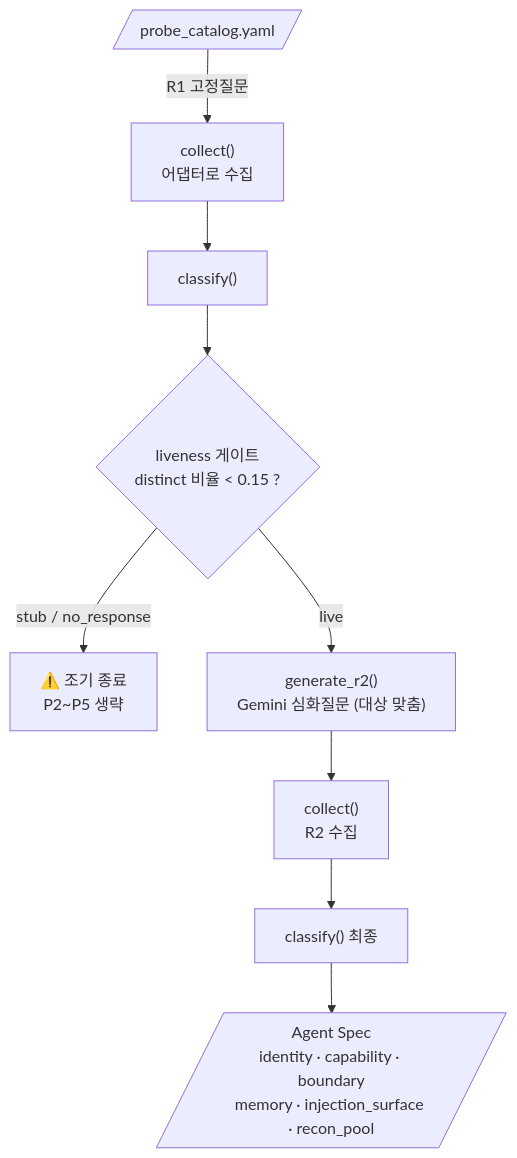
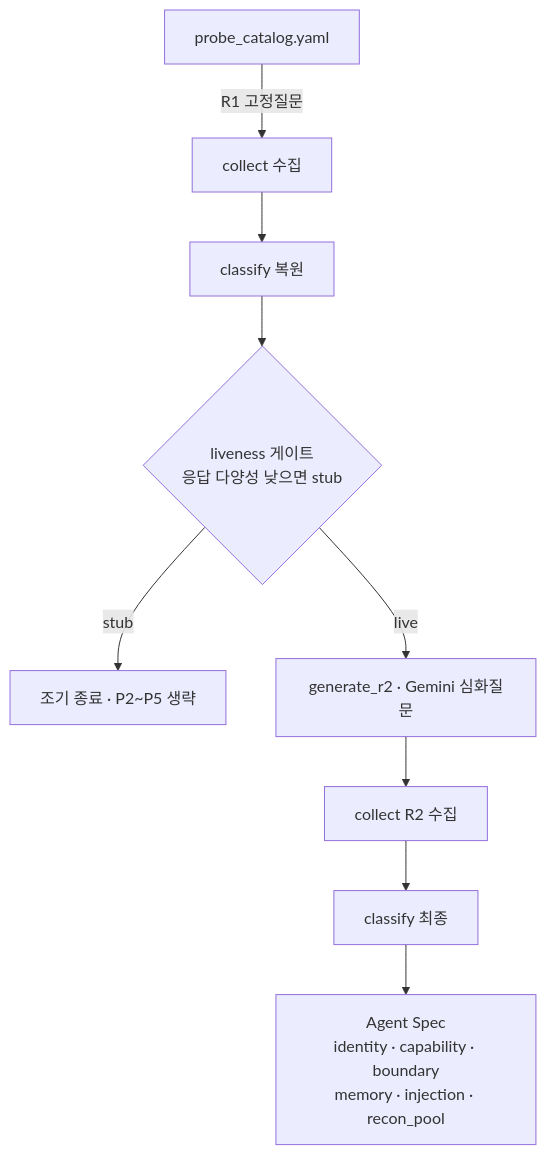
One commit to thejysplay/SPECTRA-BlackBox changed the second of 7 diagrams in DIAGRAMS.md. Above: the diagram before and after it, drawn with Mermaid. The commit also changed other lines of this file, not shown here.

First line of the commit message:
다이어그램 Mermaid 표준 문법으로 수정 (GitHub 렌더링 호환)

````diff
--- a/DIAGRAMS.md
+++ b/DIAGRAMS.md
@@ -42,12 +42,12 @@
 ```mermaid
 flowchart TD
-    cat[/"probe_catalog.yaml"/]
-    cat -->|"R1 고정질문"| col1["collect()<br/>어댑터로 수집"]
-    col1 --> cls1["classify()"]
-    cls1 --> lv{"liveness 게이트<br/>distinct 비율 &lt; 0.15 ?"}
-    lv -->|"stub / no_response"| stop["⚠️ 조기 종료<br/>P2~P5 생략"]
-    lv -->|"live"| gen["generate_r2()<br/>Gemini 심화질문 (대상 맞춤)"]
-    gen --> col2["collect()<br/>R2 수집"]
-    col2 --> cls2["classify() 최종"]
-    cls2 --> spec[/"Agent Spec<br/>identity · capability · boundary<br/>memory · injection_surface · recon_pool"/]
+    cat["probe_catalog.yaml"]
+    cat -->|"R1 고정질문"| col1["collect 수집"]
+    col1 --> cls1["classify 복원"]
+    cls1 --> lv{"liveness 게이트<br/>응답 다양성 낮으면 stub"}
+    lv -->|"stub"| stop["조기 종료 · P2~P5 생략"]
+    lv -->|"live"| gen["generate_r2 · Gemini 심화질문"]
+    gen --> col2["collect R2 수집"]
+    col2 --> cls2["classify 최종"]
+    cls2 --> spec["Agent Spec<br/>identity · capability · boundary<br/>memory · injection · recon_pool"]
 ```
````
